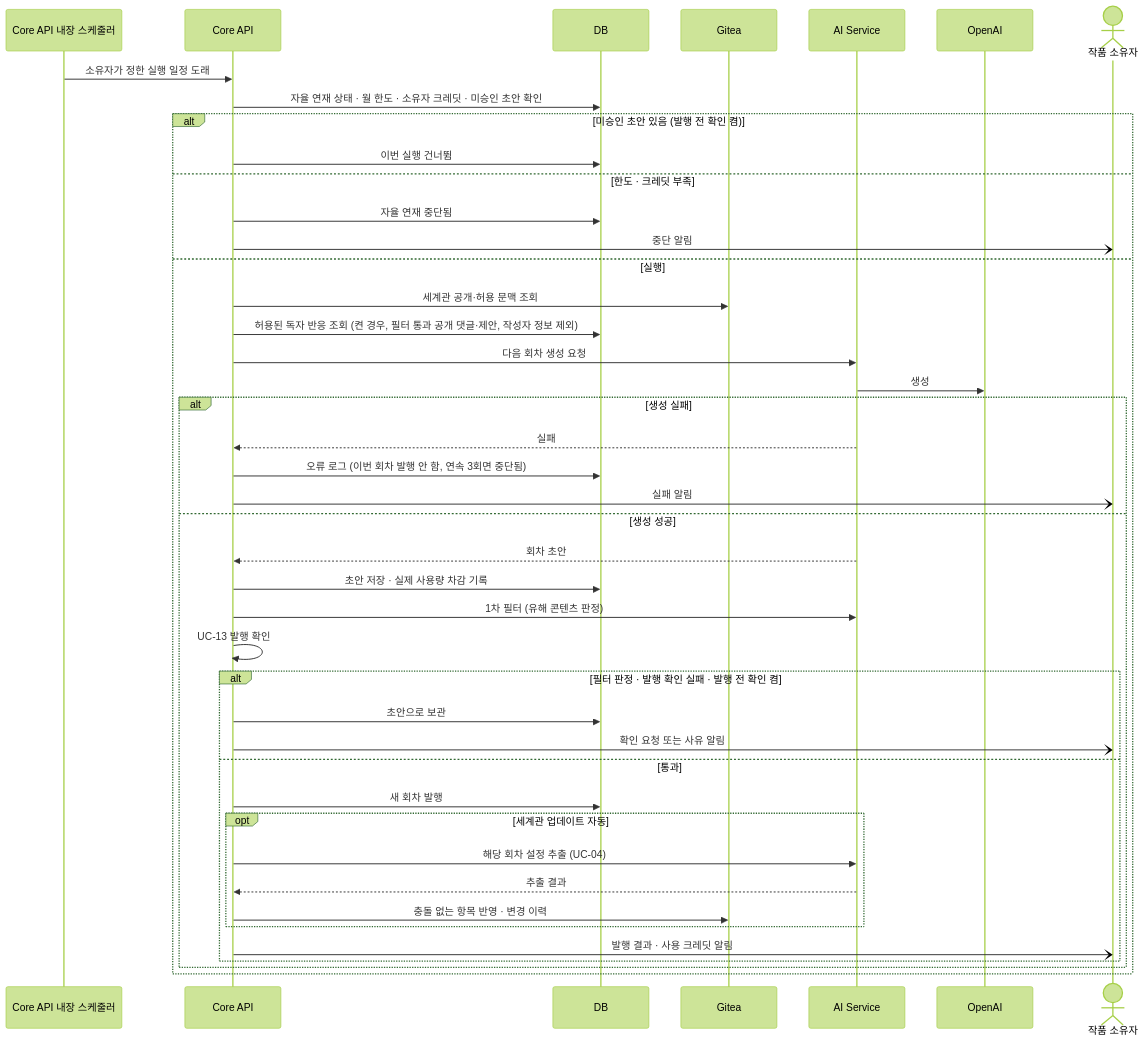
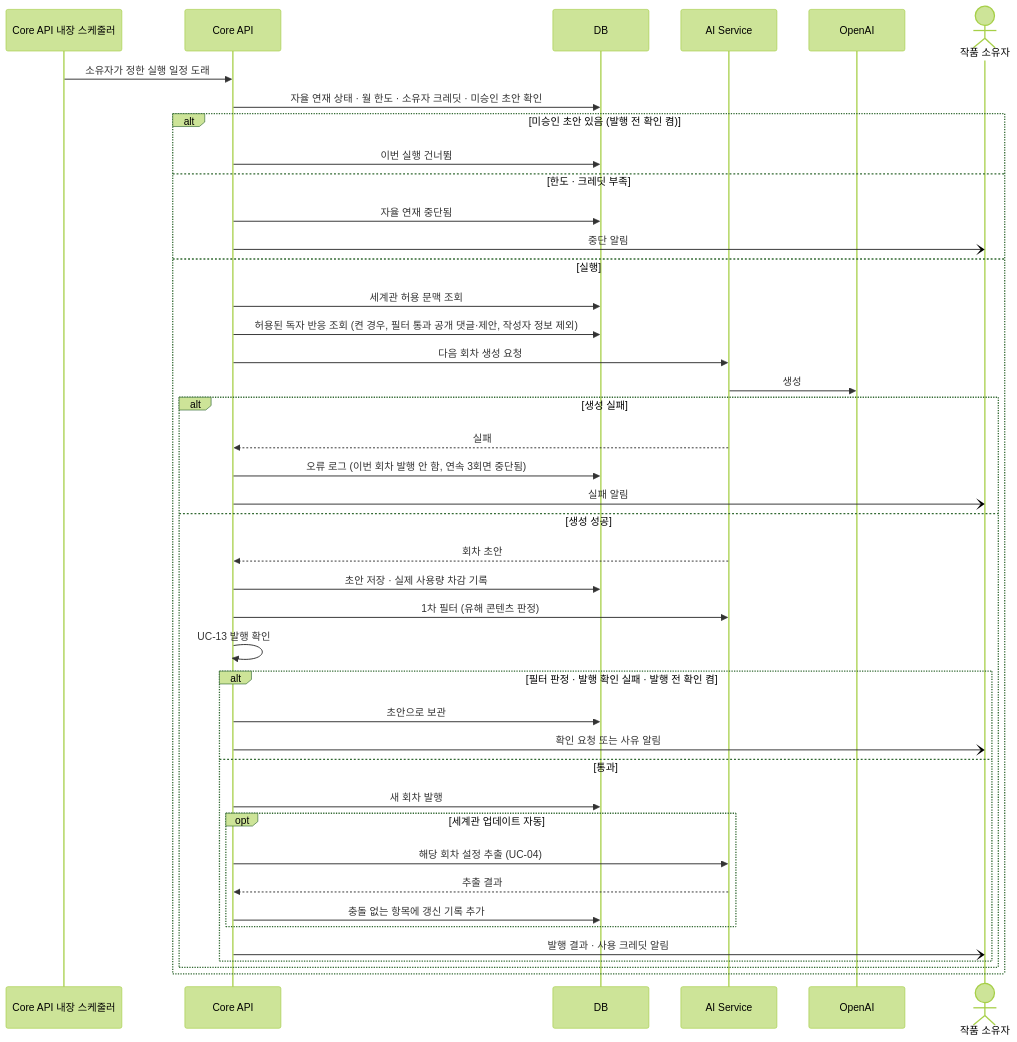
Before and after one commit to SKNETWORKS-FAMILY-AICAMP/SKN34-FINAL-4TEAM: the fourth of 4 diagrams in docs/diagrams/sequence.md, drawn with Mermaid (forest theme). The commit also changed other lines of this file and 52 other files, not shown here.

````diff
--- a/docs/diagrams/sequence.md
+++ b/docs/diagrams/sequence.md
@@ -113,45 +111,44 @@
 ```mermaid
 sequenceDiagram
   participant TR as Core API 내장 스케줄러
   participant CO as Core API
   participant DB as DB
-  participant GT as Gitea
   participant AI as AI Service
   participant LLM as OpenAI
   actor W as 작품 소유자
   TR->>CO: 소유자가 정한 실행 일정 도래
   CO->>DB: 자율 연재 상태 · 월 한도 · 소유자 크레딧 · 미승인 초안 확인
   alt 미승인 초안 있음 (발행 전 확인 켬)
     CO->>DB: 이번 실행 건너뜀
   else 한도 · 크레딧 부족
     CO->>DB: 자율 연재 중단됨
     CO-)W: 중단 알림
   else 실행
-    CO->>GT: 세계관 공개·허용 문맥 조회
+    CO->>DB: 세계관 허용 문맥 조회
     CO->>DB: 허용된 독자 반응 조회 (켠 경우, 필터 통과 공개 댓글·제안, 작성자 정보 제외)
     CO->>AI: 다음 회차 생성 요청
     AI->>LLM: 생성
     alt 생성 실패
       AI-->>CO: 실패
       CO->>DB: 오류 로그 (이번 회차 발행 안 함, 연속 3회면 중단됨)
       CO-)W: 실패 알림
     else 생성 성공
       AI-->>CO: 회차 초안
       CO->>DB: 초안 저장 · 실제 사용량 차감 기록
       CO->>AI: 1차 필터 (유해 콘텐츠 판정)
       CO->>CO: UC-13 발행 확인
       alt 필터 판정 · 발행 확인 실패 · 발행 전 확인 켬
         CO->>DB: 초안으로 보관
         CO-)W: 확인 요청 또는 사유 알림
       else 통과
         CO->>DB: 새 회차 발행
         opt 세계관 업데이트 자동
           CO->>AI: 해당 회차 설정 추출 (UC-04)
           AI-->>CO: 추출 결과
-          CO->>GT: 충돌 없는 항목 반영 · 변경 이력
+          CO->>DB: 충돌 없는 항목에 갱신 기록 추가
         end
         CO-)W: 발행 결과 · 사용 크레딧 알림
       end
     end
   end
 ```
````
